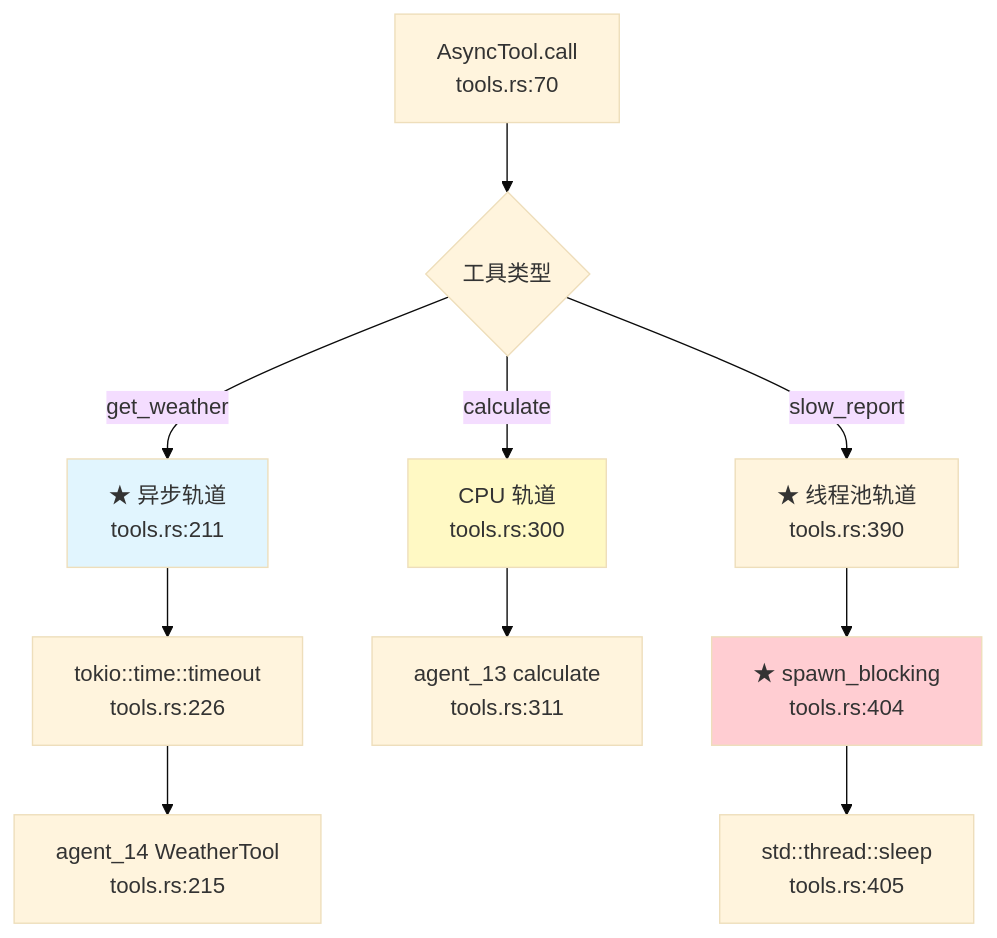
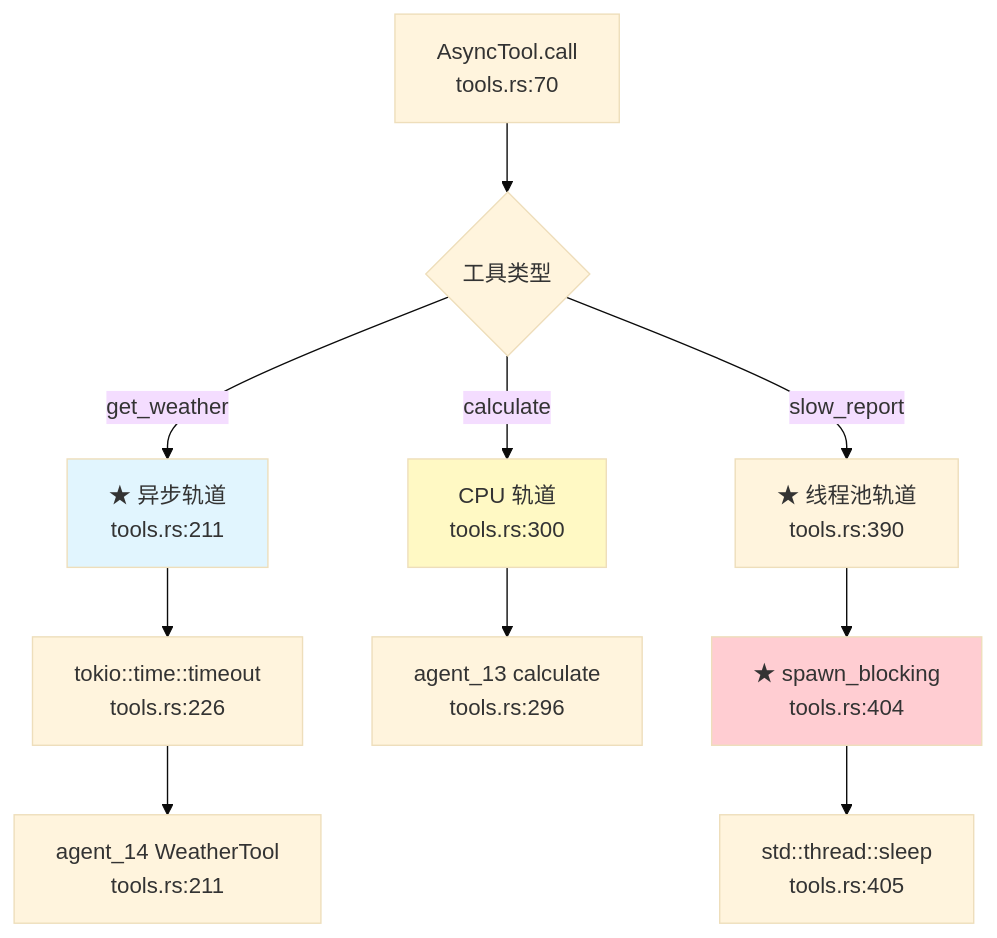
One commit to heheshang/agent-learn changed the seventh of 7 diagrams in 22-agent-async/README.md. Above: the diagram before and after it, drawn with Mermaid (base theme). The commit also changed other lines of this file and 33 other files, not shown here.

````diff
--- a/22-agent-async/README.md
+++ b/22-agent-async/README.md
@@ -588,17 +594,17 @@
 ```mermaid
 graph TD
     A["AsyncTool.call<br/>tools.rs:70"] --> B{"工具类型"}
     B -->|get_weather| C["★ 异步轨道<br/>tools.rs:211"]
     B -->|calculate| D["CPU 轨道<br/>tools.rs:300"]
     B -->|slow_report| E["★ 线程池轨道<br/>tools.rs:390"]
 
     C --> F["tokio::time::timeout<br/>tools.rs:226"]
-    F --> G["agent_14 WeatherTool<br/>tools.rs:215"]
-    D --> H["agent_13 calculate<br/>tools.rs:311"]
+    F --> G["agent_14 WeatherTool<br/>tools.rs:211"]
+    D --> H["agent_13 calculate<br/>tools.rs:296"]
     E --> I["★ spawn_blocking<br/>tools.rs:404"]
     I --> J["std::thread::sleep<br/>tools.rs:405"]
 
     style I fill:#ffcdd2
     style C fill:#e1f5fe
     style D fill:#fff9c4
 ```
````
